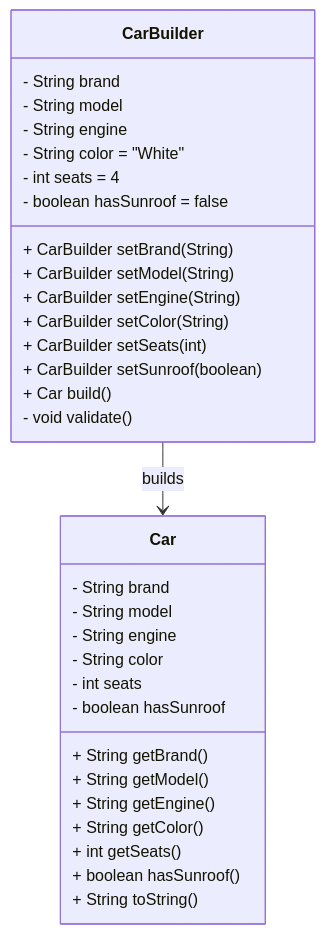
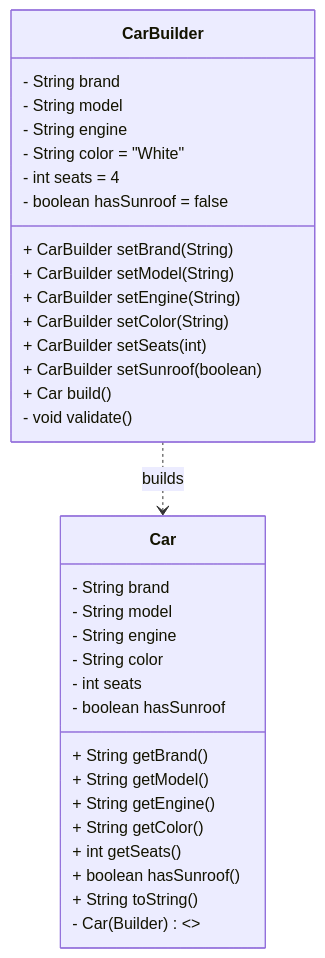
The diagram in README.md (ssaltuwwa/patterncarbuilder), drawn with Mermaid before and after one commit.

````diff
--- a/README.md
+++ b/README.md
@@ -1,37 +1,38 @@
 ```mermaid
 classDiagram
 class Car {
   - String brand
   - String model
   - String engine
   - String color
   - int seats
   - boolean hasSunroof
   + String getBrand()
   + String getModel()
   + String getEngine()
   + String getColor()
   + int getSeats()
   + boolean hasSunroof()
   + String toString()
+  - Car(Builder)  <<constructor>>
 }
 
 class CarBuilder {
   - String brand
   - String model
   - String engine
   - String color = "White"
   - int seats = 4
   - boolean hasSunroof = false
   + CarBuilder setBrand(String)
   + CarBuilder setModel(String)
   + CarBuilder setEngine(String)
   + CarBuilder setColor(String)
   + CarBuilder setSeats(int)
   + CarBuilder setSunroof(boolean)
   + Car build()
   - void validate()
 }
 
-CarBuilder --> Car : builds
+CarBuilder ..> Car : builds
 ```
````
